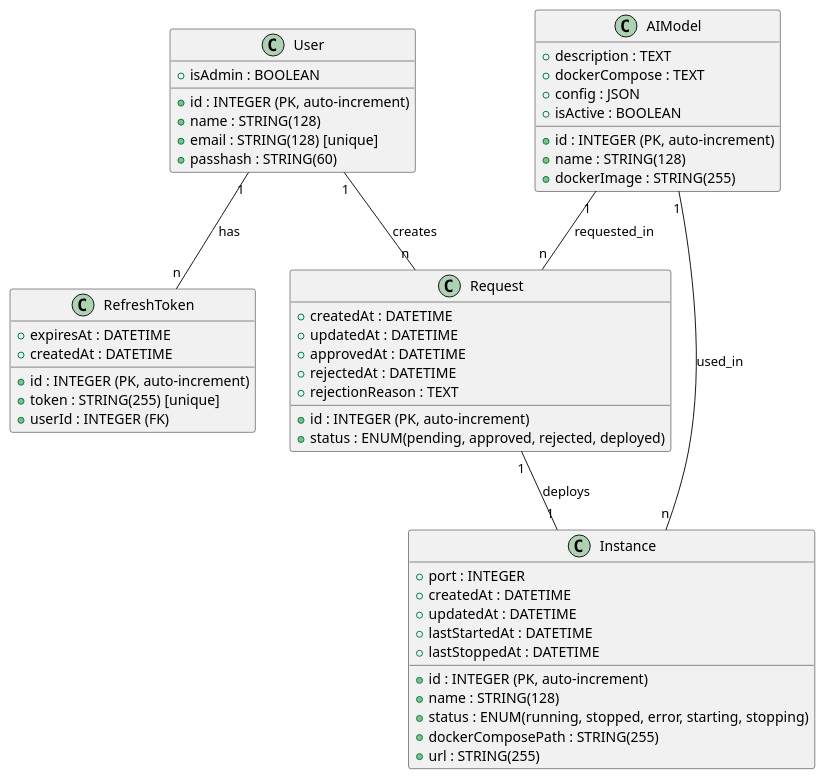
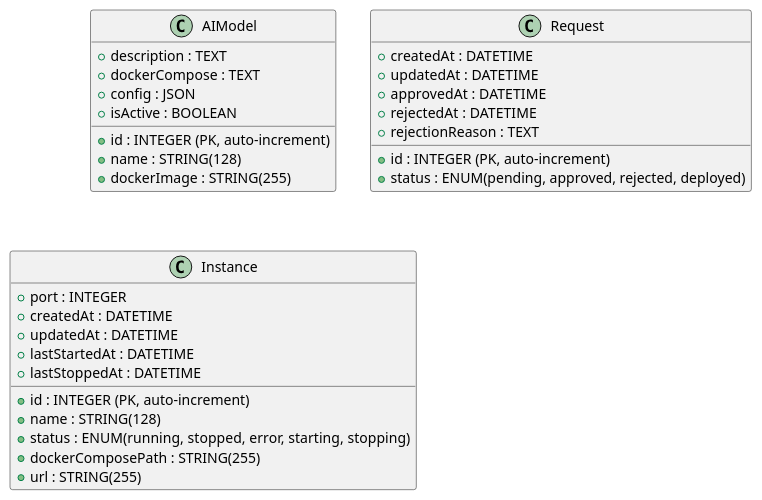
Before and after one commit to latifie/projet-wmmrsarc: the third of 3 diagrams in README.md, drawn with PlantUML. The commit also changed other lines of this file, not shown here.

````diff
--- a/README.md
+++ b/README.md
@@ -309,56 +398,34 @@
 ```plantuml
-class User {
-  +id : INTEGER (PK, auto-increment)
-  +name : STRING(128)
-  +email : STRING(128) [unique]
-  +passhash : STRING(60)
-  +isAdmin : BOOLEAN
-}
-
 class AIModel {
   +id : INTEGER (PK, auto-increment)
   +name : STRING(128)
   +description : TEXT
   +dockerImage : STRING(255)
   +dockerCompose : TEXT
   +config : JSON
   +isActive : BOOLEAN
 }
 
 class Request {
   +id : INTEGER (PK, auto-increment)
   +status : ENUM(pending, approved, rejected, deployed)
   +createdAt : DATETIME
   +updatedAt : DATETIME
   +approvedAt : DATETIME
   +rejectedAt : DATETIME
   +rejectionReason : TEXT
 }
 
 class Instance {
   +id : INTEGER (PK, auto-increment)
   +name : STRING(128)
   +status : ENUM(running, stopped, error, starting, stopping)
   +dockerComposePath : STRING(255)
   +port : INTEGER
   +url : STRING(255)
   +createdAt : DATETIME
   +updatedAt : DATETIME
   +lastStartedAt : DATETIME
   +lastStoppedAt : DATETIME
 }
-
-class RefreshToken {
-  +id : INTEGER (PK, auto-increment)
-  +token : STRING(255) [unique]
-  +userId : INTEGER (FK)
-  +expiresAt : DATETIME
-  +createdAt : DATETIME
-}
-
-User "1" -- "n" Request : creates
-User "1" -- "n" RefreshToken : has
-AIModel "1" -- "n" Request : requested_in
-Request "1" -- "1" Instance : deploys
-AIModel "1" -- "n" Instance : used_in
 ```
````
